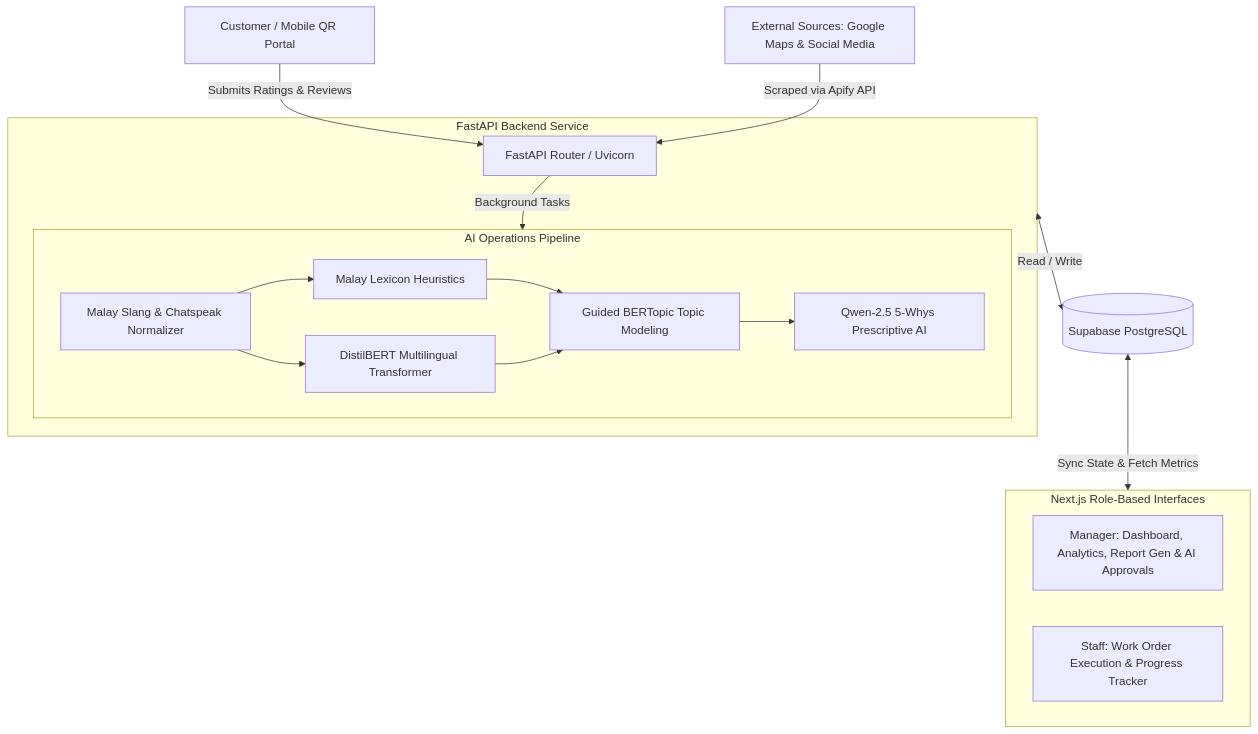
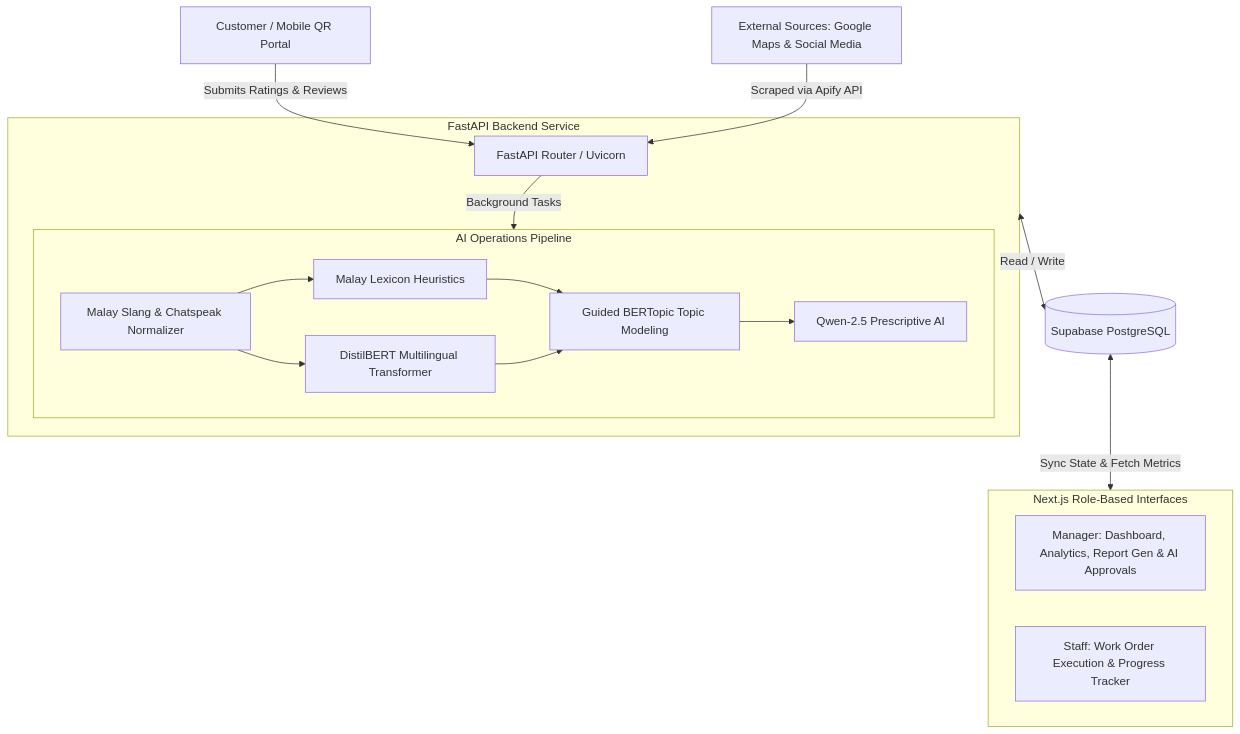
One commit to joshuwaw/FoodLytics-System changed the diagram in README.md. Above: the diagram before and after it, drawn with Mermaid. The commit also changed other lines of this file, not shown here.

Commit message:
Remove obsolete Llama-based 5 Whys analysis references from README.md

````diff
--- a/README.md
+++ b/README.md
@@ -14,34 +14,34 @@
 ```mermaid
 graph TD
     %% Inputs
     Customer[Customer / Mobile QR Portal] -->|Submits Ratings & Reviews| API
     ExtReviews[External Sources: Google Maps & Social Media] -->|Scraped via Apify API| API
 
     subgraph Backend [FastAPI Backend Service]
         API[FastAPI Router / Uvicorn] -->|Background Tasks| Pipeline
         
         subgraph Pipeline [AI Operations Pipeline]
             Slang[Malay Slang & Chatspeak Normalizer]
             Lexicon[Malay Lexicon Heuristics]
             DistilBERT[DistilBERT Multilingual Transformer]
             TopicClustering[Guided BERTopic Topic Modeling]
-            LLMEngine[Qwen-2.5 5-Whys Prescriptive AI]
+            LLMEngine[Qwen-2.5 Prescriptive AI]
             
             Slang --> Lexicon
             Slang --> DistilBERT
             Lexicon & DistilBERT --> TopicClustering
             TopicClustering --> LLMEngine
         end
     end
 
     %% Database
     Backend <-->|Read / Write| DB[(Supabase PostgreSQL)]
 
     %% Dashboards
     DB <-->|Sync State & Fetch Metrics| Frontend[Next.js Dashboards]
     
     subgraph Frontend [Next.js Role-Based Interfaces]
         ManagerDash[Manager: Dashboard, Analytics, Report Gen & AI Approvals]
         StaffDash[Staff: Work Order Execution & Progress Tracker]
     end
 ```
````
